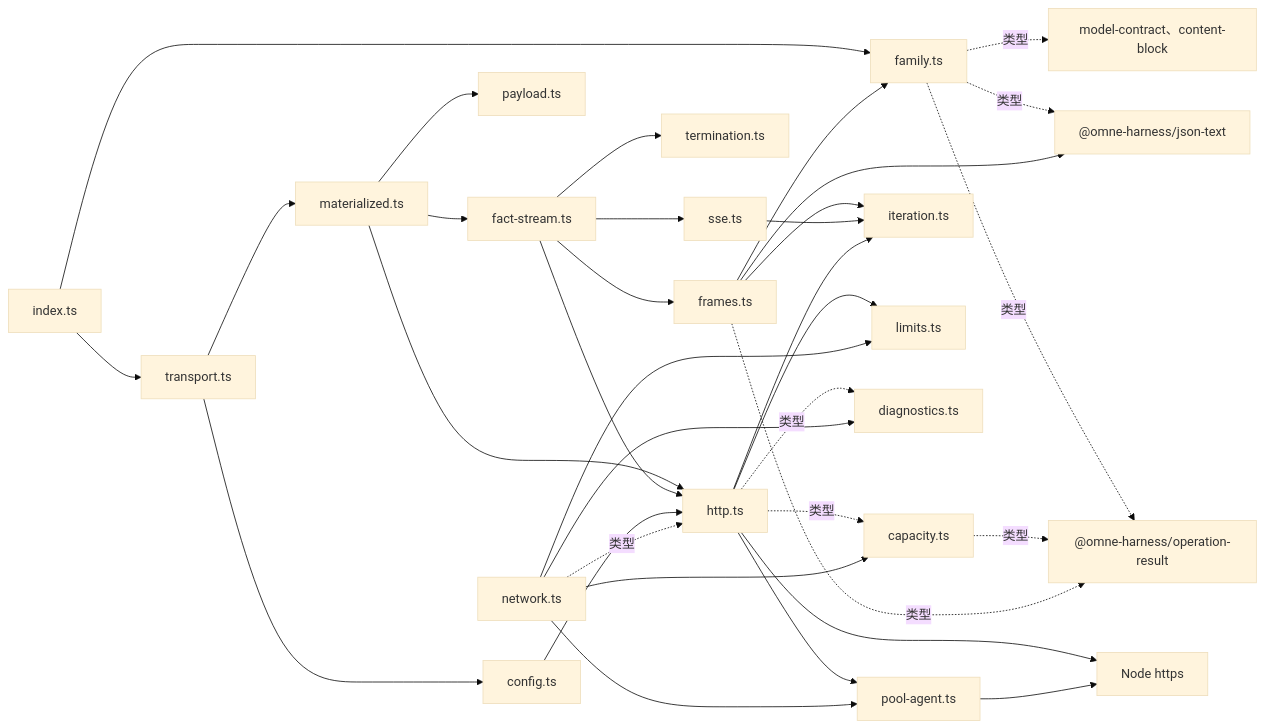
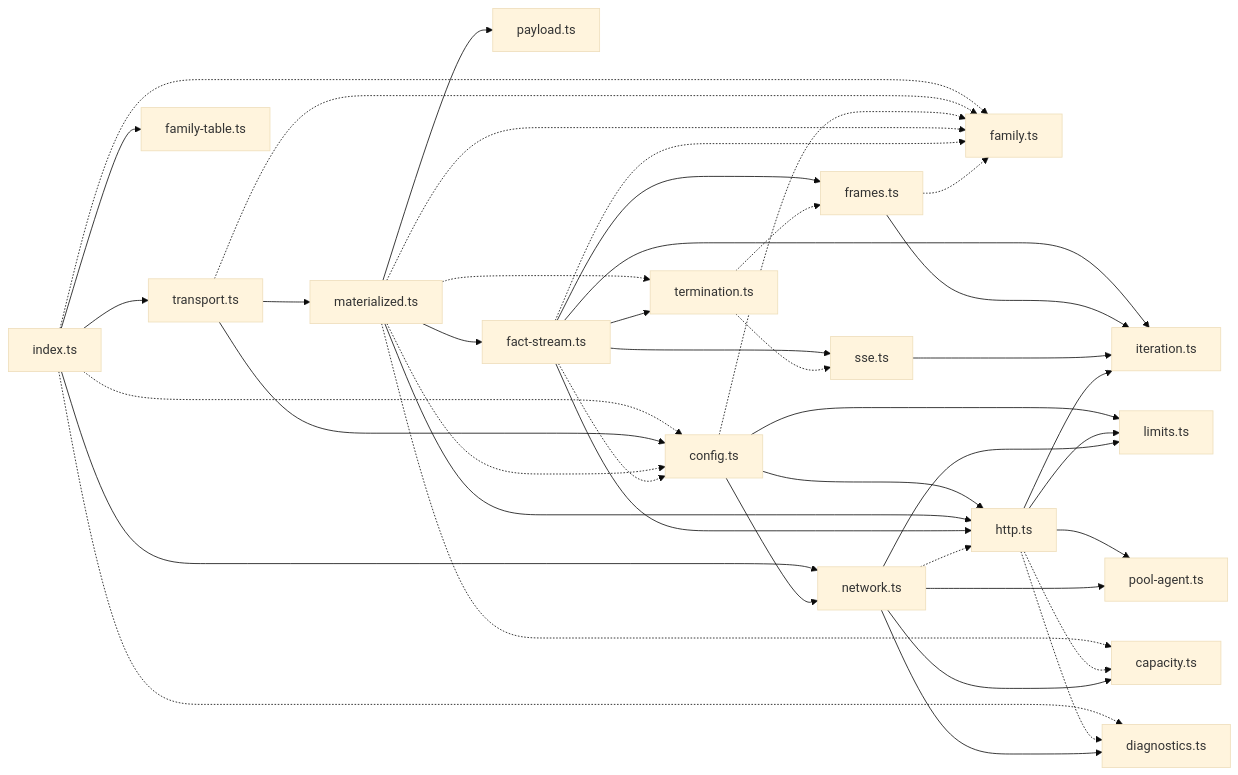
Before and after one commit to nemori-ai/omne-harness-lite: the first of 6 diagrams in packages/model/pi-ai-transport/docs/architecture.md, drawn with Mermaid (base theme). The commit also changed other lines of this file and 13 other files, not shown here.

````diff
--- a/packages/model/pi-ai-transport/docs/architecture.md
+++ b/packages/model/pi-ai-transport/docs/architecture.md
@@ -46,36 +48,45 @@
 ```mermaid
 flowchart LR
-  index[index.ts] --> family[family.ts]
-  index --> transport[transport.ts]
-  transport --> config[config.ts]
+  index[index.ts] --> transport[transport.ts]
+  index --> network[network.ts]
+  index --> table[family-table.ts]
+  index -.-> family[family.ts]
+  index -.-> config[config.ts]
+  index -.-> diagnostics[diagnostics.ts]
+  transport --> config
   transport --> materialized[materialized.ts]
+  transport -.-> family
+  config --> http[http.ts]
+  config --> limits[limits.ts]
+  config --> network
+  config -.-> family
   materialized --> payload[payload.ts]
   materialized --> facts[fact-stream.ts]
   materialized --> http
-  facts --> termination[termination.ts]
-  facts --> sse
-  facts --> frames
+  materialized -.-> capacity[capacity.ts]
+  materialized -.-> config
+  materialized -.-> family
+  materialized -.-> termination[termination.ts]
+  facts --> sse[sse.ts]
+  facts --> frames[frames.ts]
   facts --> http
-  config --> http
-  family -. 类型 .-> contract["model-contract、content-block"]
-  family -. 类型 .-> jsonText["@omne-harness/json-text"]
-  family -. 类型 .-> result["@omne-harness/operation-result"]
-  capacity[capacity.ts] -. 类型 .-> result
-  frames[frames.ts] --> family
-  frames --> iteration[iteration.ts]
-  frames --> jsonText
-  frames -. 类型 .-> result
-  sse[sse.ts] --> iteration
-  http[http.ts] --> iteration
-  http --> limits[limits.ts]
-  http -. 类型 .-> capacity
-  http -. 类型 .-> diagnostics[diagnostics.ts]
-  http --> node["Node https"]
+  facts --> iteration[iteration.ts]
+  facts --> termination
+  facts -.-> config
+  facts -.-> family
+  termination -.-> frames
+  termination -.-> sse
+  frames --> iteration
+  frames -.-> family
+  sse --> iteration
+  http --> iteration
+  http --> limits
   http --> pool[pool-agent.ts]
-  pool --> node
-  network[network.ts] --> capacity
+  http -.-> capacity
+  http -.-> diagnostics
+  network --> capacity
   network --> diagnostics
   network --> limits
   network --> pool
-  network -. 类型 .-> http
+  network -.-> http
 ```
````
